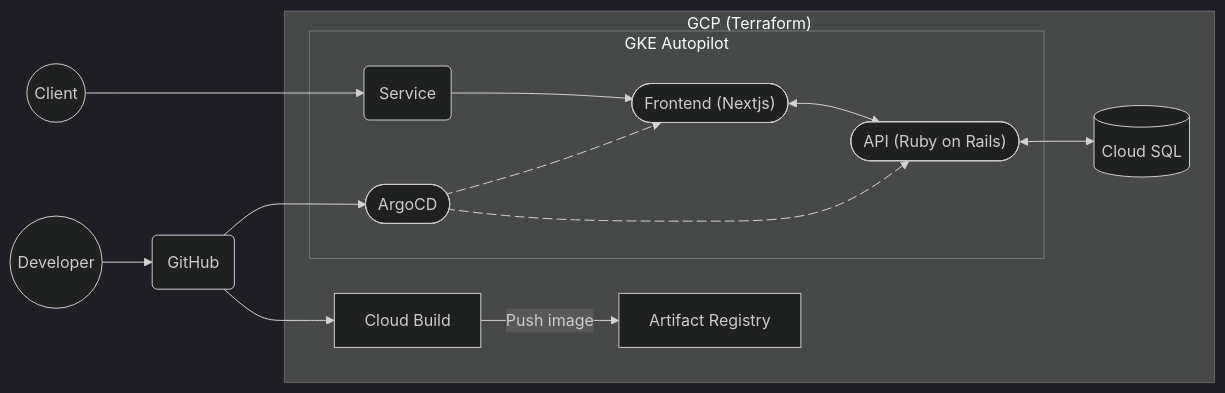
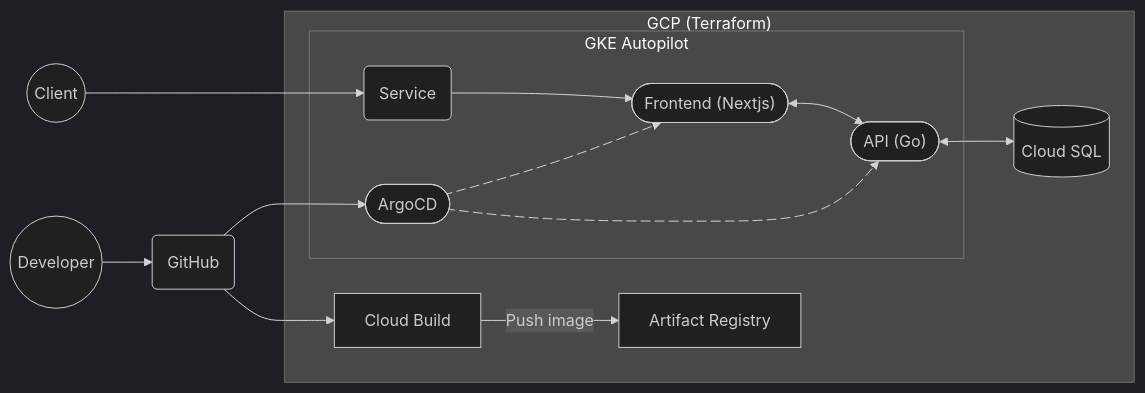
Before and after one commit to matao0214/k8s-memo-app: the first of 2 diagrams in README.md, drawn with Mermaid (dark theme). The commit also changed other lines of this file and 84 other files, not shown here.

````diff
--- a/README.md
+++ b/README.md
@@ -13,20 +13,20 @@
 ```mermaid
 graph LR;
     client((Client)) ---> service(Service)
     subgraph "GCP (Terraform)"
       subgraph GKE Autopilot
         service --> frontend(["Frontend (Nextjs)"])
-        frontend <--> api(["API (Ruby on Rails)"])
+        frontend <--> api(["API (Go)"])
         argocd([ArgoCD]) e1@--> api
         argocd e2@--> frontend
         e1@{ animation: fast }
         e2@{ animation: fast }
       end
       api <--> db[("Cloud SQL")]
       cloudbuild["Cloud Build"] --> |Push image|artifact[Artifact Registry]
     end
     developer((Developer)) --> github(GitHub)
     github --> argocd
     github --> cloudbuild
 
 ```
````
